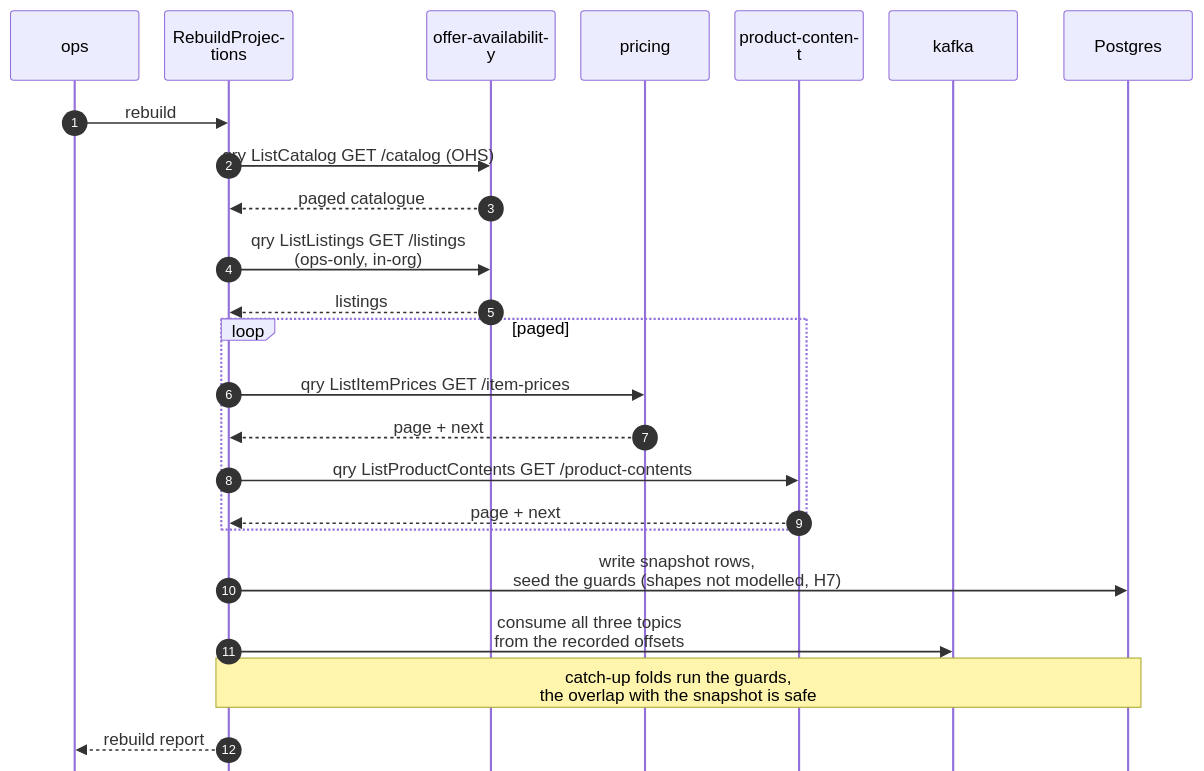
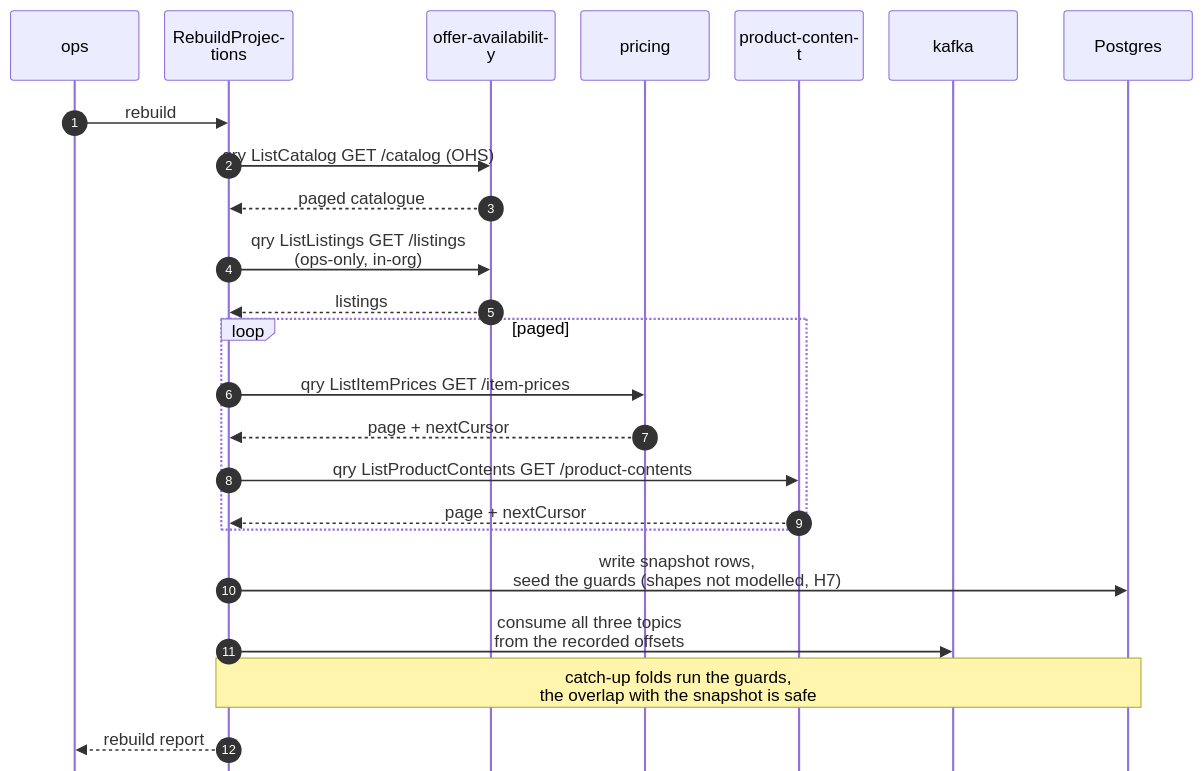
One commit to IQVO/warehouse-docs changed the seventh of 7 diagrams in storefront/docs/contexts/product-discovery/sequence-diagrams.md. Above: the diagram before and after it, drawn with Mermaid. The commit also changed other lines of this file and 8 other files, not shown here.

Commit message:
docs(storefront): product-discovery pack and model follow the repo (REST paging 1..500, 400 invalid-limit, cursor/items/nextCursor, five more slugs, suppress before create is skipped and logged); full routes in labels for the drift gate

````diff
--- a/storefront/docs/contexts/product-discovery/sequence-diagrams.md
+++ b/storefront/docs/contexts/product-discovery/sequence-diagrams.md
@@ -200,27 +202,27 @@
 ```mermaid
 %%{init: {"sequence": {"wrap": true, "width": 120, "actorMargin": 24, "messageMargin": 28, "boxMargin": 6, "noteMargin": 6, "mirrorActors": false}}}%%
 sequenceDiagram
     autonumber
     participant OP as ops
     participant R as RebuildProjections
     participant OA as offer-availability
     participant PR as pricing
     participant PC as product-content
     participant K as kafka
     participant DB as Postgres
     OP->>R: rebuild
     R->>OA: qry ListCatalog GET /catalog (OHS)
     OA-->>R: paged catalogue
     R->>OA: qry ListListings GET /listings<br/>(ops-only, in-org)
     OA-->>R: listings
     loop paged
         R->>PR: qry ListItemPrices GET /item-prices
-        PR-->>R: page + next
+        PR-->>R: page + nextCursor
         R->>PC: qry ListProductContents GET /product-contents
-        PC-->>R: page + next
+        PC-->>R: page + nextCursor
     end
     R->>DB: write snapshot rows,<br/>seed the guards (shapes not modelled, H7)
     R->>K: consume all three topics<br/>from the recorded offsets
     Note over R,DB: catch-up folds run the guards,<br/>the overlap with the snapshot is safe
     R-->>OP: rebuild report
 ```
````
